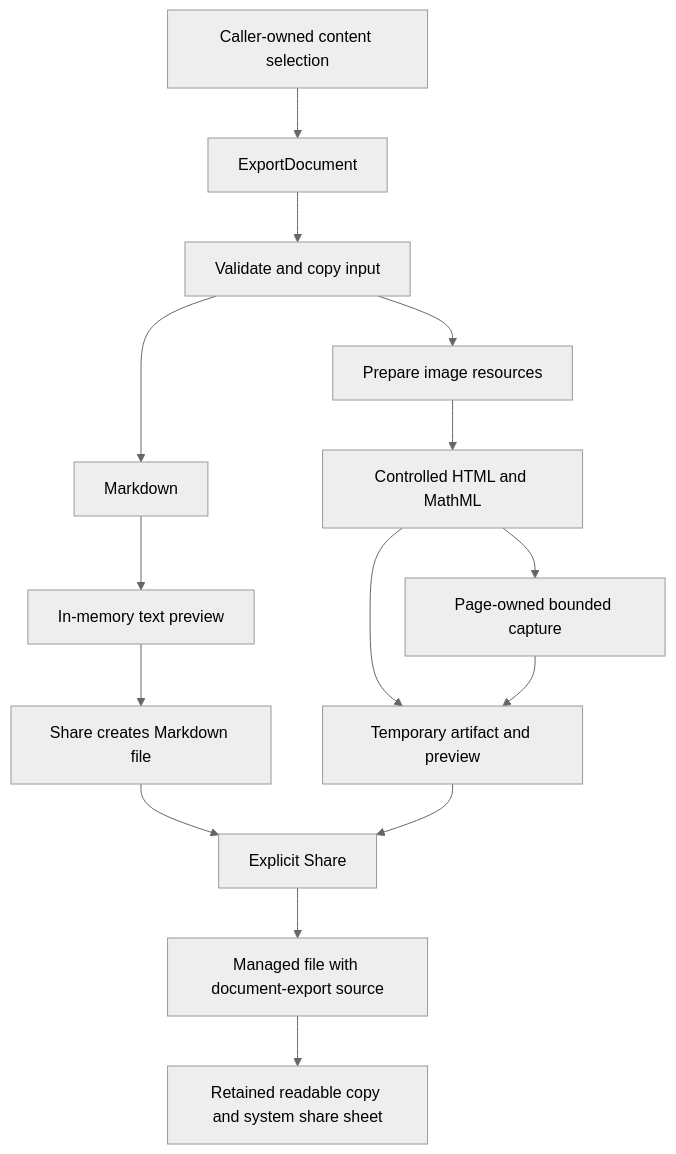
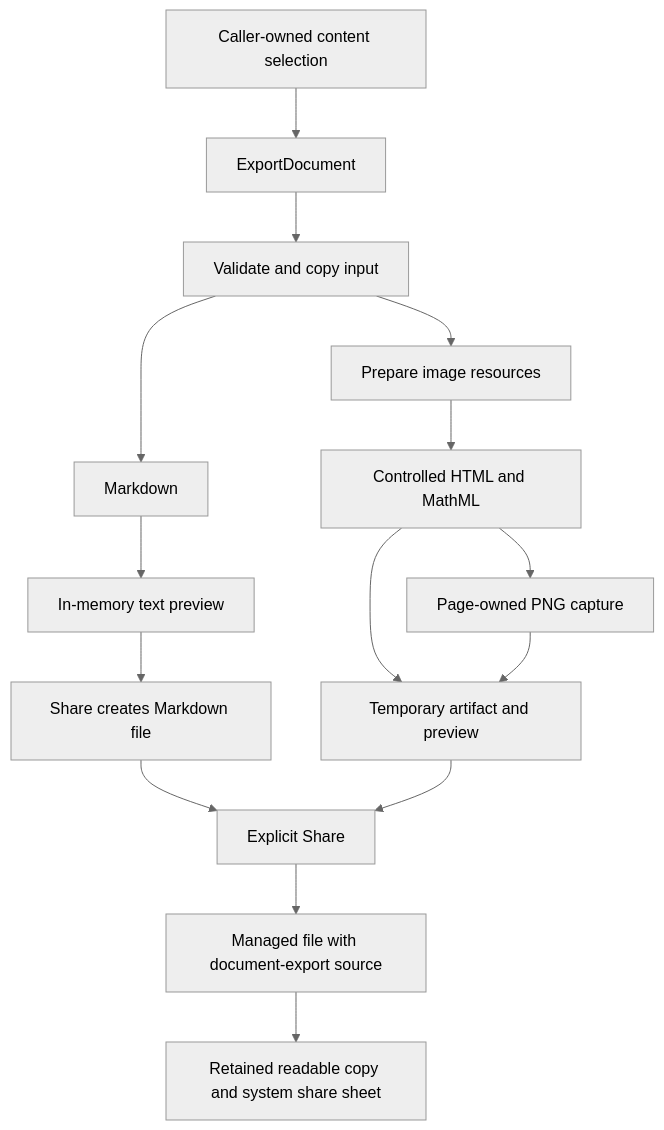
The diagram in docs/references/document-export.md (CherryHQ/cherry-studio-app), drawn with Mermaid (neutral theme) before and after one commit. The commit also changed other lines of this file and 12 other files, not shown here.

````diff
--- a/docs/references/document-export.md
+++ b/docs/references/document-export.md
@@ -30,17 +30,17 @@
 ```mermaid
 flowchart TD
     Source[Caller-owned content selection] --> Document[ExportDocument]
     Document --> Normalize[Validate and copy input]
     Normalize --> Markdown[Markdown]
     Normalize --> Resources[Prepare image resources]
     Resources --> HTML[Controlled HTML and MathML]
-    HTML --> Capture[Page-owned bounded capture]
+    HTML --> Capture[Page-owned PNG capture]
     Markdown --> TextPreview[In-memory text preview]
     HTML --> Preview[Temporary artifact and preview]
     Capture --> Preview
     TextPreview --> Materialize[Share creates Markdown file]
     Materialize --> Save[Explicit Share]
     Preview --> Save
     Save --> Library[Managed file with document-export source]
     Library --> Delivery[Retained readable copy and system share sheet]
 ```
````
